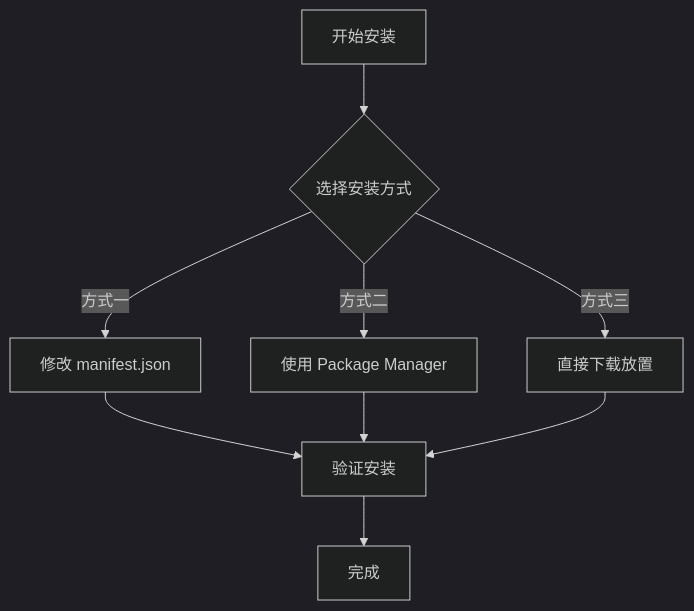
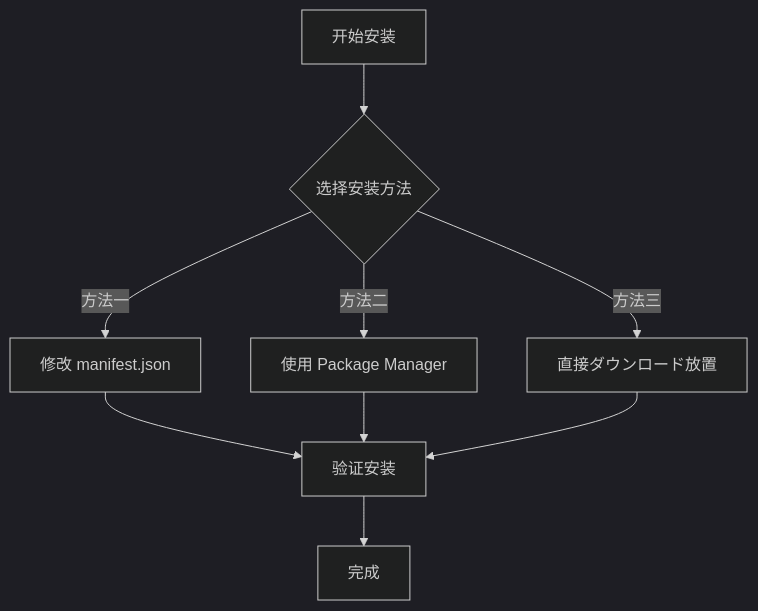
The first of 2 diagrams in docs/ja/client/unity/component/event/02.installation.md (AlianBlank/GameFrameX.Docs), drawn with Mermaid (dark theme) before and after one commit. The commit also changed other lines of this file and 603 other files, not shown here.

````diff
--- a/docs/ja/client/unity/component/event/02.installation.md
+++ b/docs/ja/client/unity/component/event/02.installation.md
@@ -27,11 +27,11 @@
 ```mermaid
 flowchart TD
-    A[开始安装] --> B{选择安装方式}
-    B -->|方式一| C[修改 manifest.json]
-    B -->|方式二| D[使用 Package Manager]
-    B -->|方式三| E[直接下载放置]
+    A[开始安装] --> B{选择安装方法}
+    B -->|方法一| C[修改 manifest.json]
+    B -->|方法二| D[使用 Package Manager]
+    B -->|方法三| E[直接ダウンロード放置]
     C --> F[验证安装]
     D --> F
     E --> F
     F --> G[完成]
 ```
````
